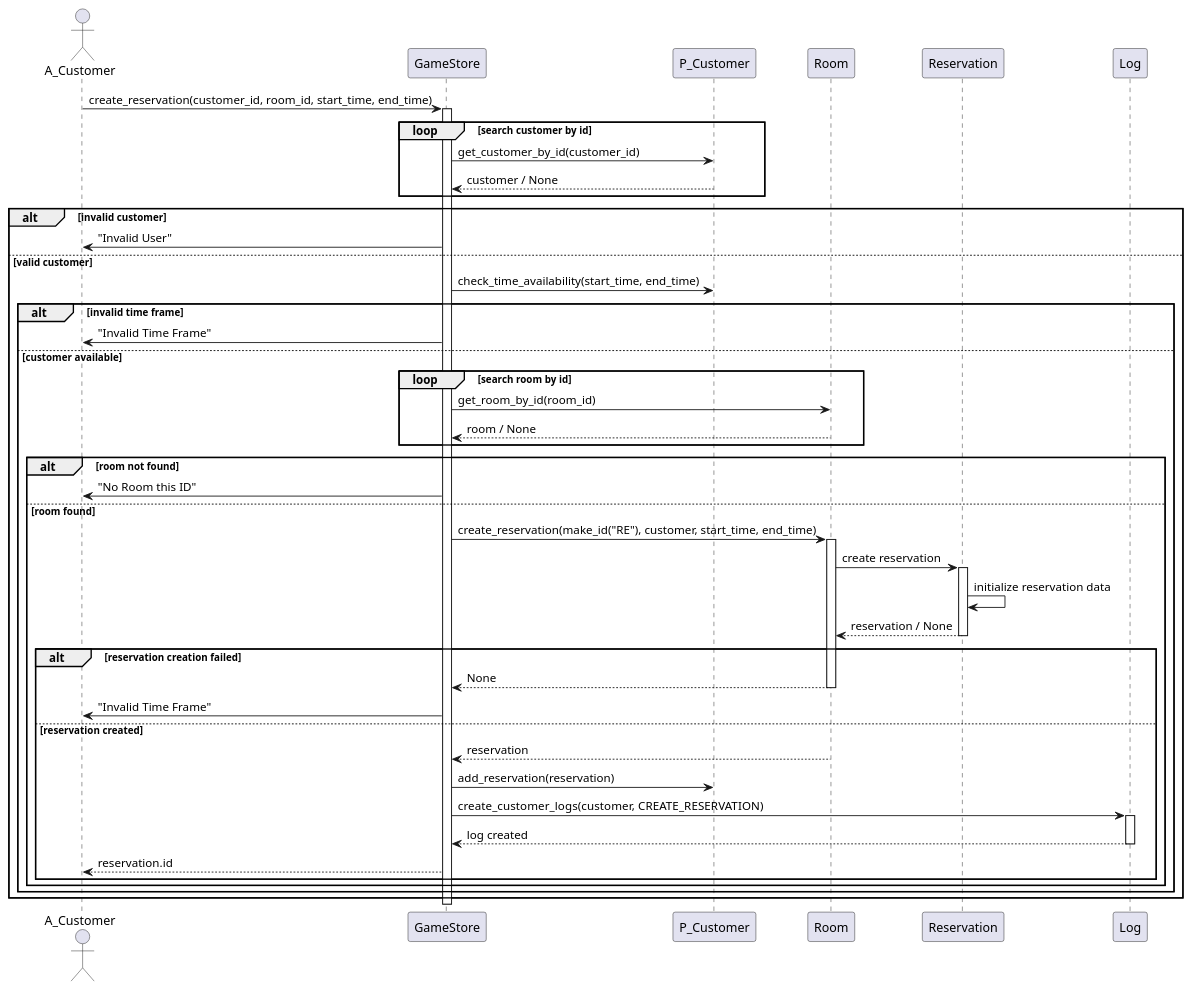
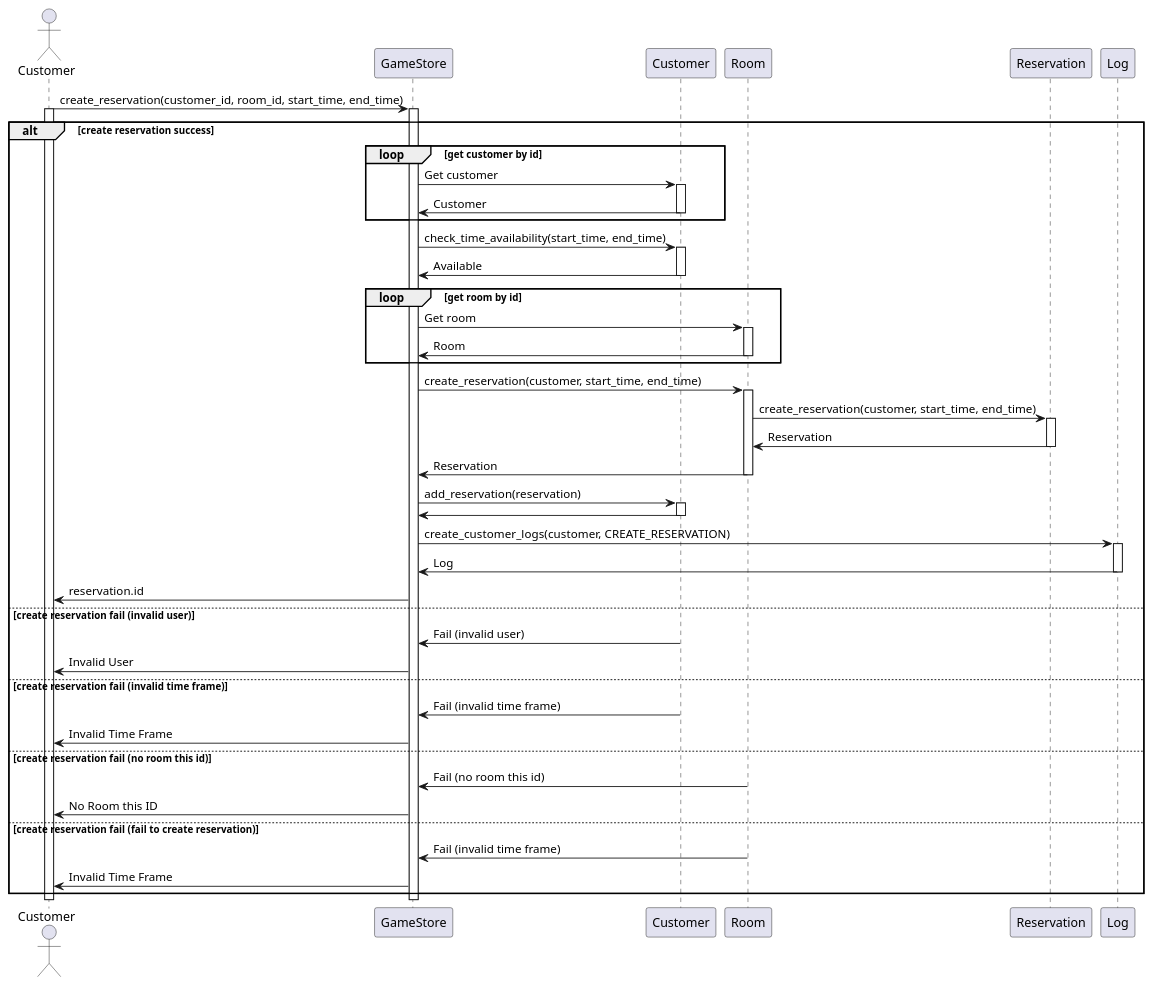
One commit to WaroonRagwongsiri/OOP_Project changed the diagram in SequenceDiagram/sequence_diagram_booking.puml. Above: the diagram before and after it, drawn with PlantUML. The commit also changed 2 other files, not shown here.

Commit message:
Add Subscribe prompt and fix the sequnce diagram

```diff
--- a/SequenceDiagram/sequence_diagram_booking.puml
+++ b/SequenceDiagram/sequence_diagram_booking.puml
@@ -1,70 +1,90 @@
-@startuml CreateReservation
+@startuml UsecaseSequenceDiagram
 
-actor A_Customer
+actor Customer as A_Customer
 participant GameStore
-participant P_Customer
+participant Customer as P_Customer
 participant Room
 participant Reservation
 participant Log
 
 A_Customer -> GameStore : create_reservation(customer_id, room_id, start_time, end_time)
+activate A_Customer
 activate GameStore
 
-loop search customer by id
-	GameStore -> P_Customer : get_customer_by_id(customer_id)
-	P_Customer --> GameStore : customer / None
-end
+alt create reservation success
 
-alt invalid customer
-	GameStore -> A_Customer : "Invalid User"
+	loop get customer by id
 
-else valid customer
+		GameStore -> P_Customer : Get customer
+		activate P_Customer
+
+		P_Customer -> GameStore : Customer
+		deactivate P_Customer
+
+	end
+
 	GameStore -> P_Customer : check_time_availability(start_time, end_time)
+	activate P_Customer
 
-	alt invalid time frame
-		GameStore -> A_Customer : "Invalid Time Frame"
+	P_Customer -> GameStore : Available
+	deactivate P_Customer
 
-	else customer available
+	loop get room by id
 
-		loop search room by id
-			GameStore -> Room : get_room_by_id(room_id)
-			Room --> GameStore : room / None
-		end
+		GameStore -> Room : Get room
+		activate Room
 
-		alt room not found
-			GameStore -> A_Customer : "No Room this ID"
+		Room -> GameStore : Room
+		deactivate Room
 
-		else room found
-			GameStore -> Room : create_reservation(make_id("RE"), customer, start_time, end_time)
-			activate Room
+	end
 
-			Room -> Reservation : create reservation
-			activate Reservation
-			Reservation -> Reservation : initialize reservation data
-			Reservation --> Room : reservation / None
-			deactivate Reservation
+	GameStore -> Room : create_reservation(customer, start_time, end_time)
+	activate Room
 
-			alt reservation creation failed
-				Room --> GameStore : None
-				deactivate Room
-				GameStore -> A_Customer : "Invalid Time Frame"
+	Room -> Reservation : create_reservation(customer, start_time, end_time)
+	activate Reservation
+	Reservation -> Room : Reservation
+	deactivate Reservation
 
-			else reservation created
-				Room --> GameStore : reservation
-				deactivate Room
+	Room -> GameStore : Reservation
+	deactivate Room
 
-				GameStore -> P_Customer : add_reservation(reservation)
+	GameStore -> P_Customer : add_reservation(reservation)
+	activate P_Customer
+	P_Customer -> GameStore
+	deactivate P_Customer
 
-				GameStore -> Log : create_customer_logs(customer, CREATE_RESERVATION)
-				activate Log
-				Log --> GameStore : log created
-				deactivate Log
+	GameStore -> Log : create_customer_logs(customer, CREATE_RESERVATION)
+	activate Log
+	Log -> GameStore : Log
+	deactivate Log
 
-				GameStore --> A_Customer : reservation.id
-			end
-		end
-	end
+	GameStore -> A_Customer : reservation.id
+
+else create reservation fail (invalid user)
+
+	P_Customer -> GameStore : Fail (invalid user)
+	GameStore -> A_Customer : Invalid User
+
+else create reservation fail (invalid time frame)
+
+	P_Customer -> GameStore : Fail (invalid time frame)
+	GameStore -> A_Customer : Invalid Time Frame
+
+else create reservation fail (no room this id)
+
+	Room -> GameStore : Fail (no room this id)
+	GameStore -> A_Customer : No Room this ID
+
+else create reservation fail (fail to create reservation)
+
+	Room -> GameStore : Fail (invalid time frame)
+	GameStore -> A_Customer : Invalid Time Frame
+
 end
 
 deactivate GameStore
+deactivate A_Customer
+
 @enduml
```
